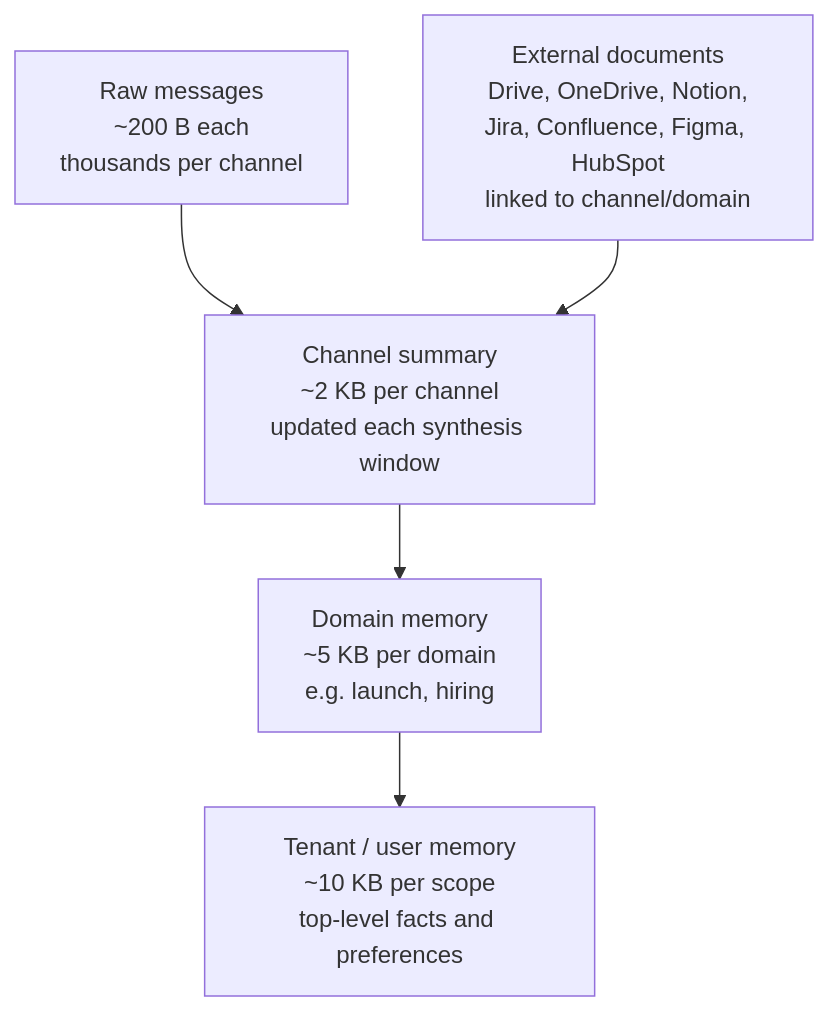
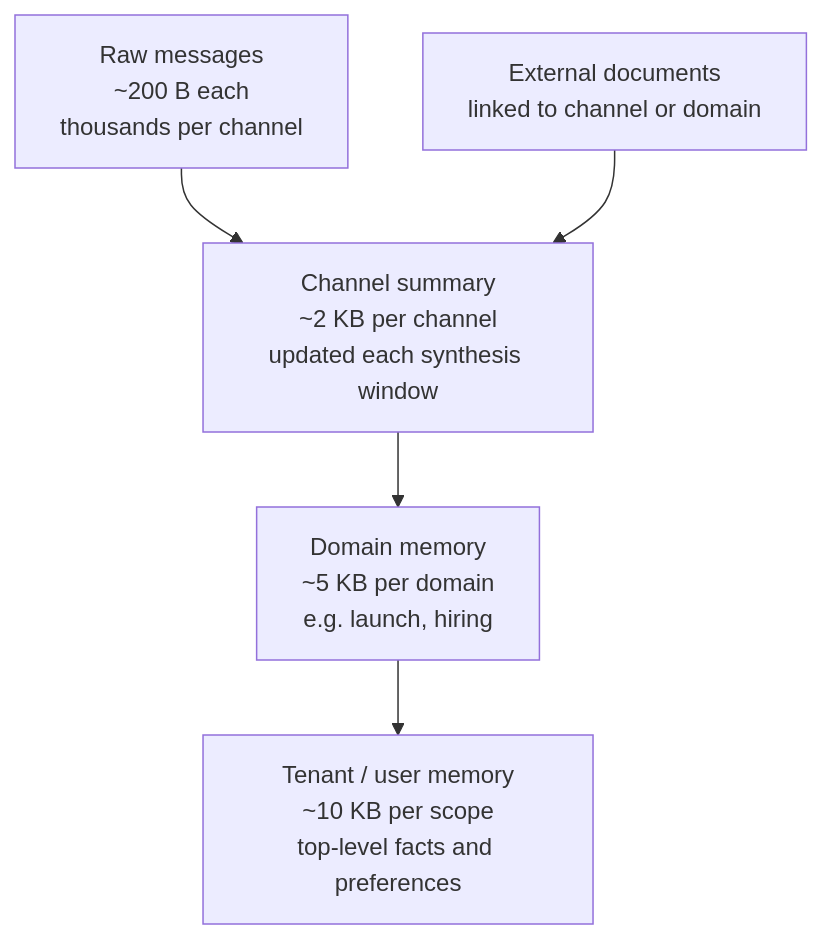
One commit to kennguy3n/knowledge changed the third of 3 diagrams in blog/adaptive-memory-storage-for-on-device-ai.md. Above: the diagram before and after it, drawn with Mermaid. The commit also changed other lines of this file and 8 other files, not shown here.

````diff
--- a/blog/adaptive-memory-storage-for-on-device-ai.md
+++ b/blog/adaptive-memory-storage-for-on-device-ai.md
@@ -293,7 +288,7 @@
 ```mermaid
 flowchart TD
     R[Raw messages<br/>~200 B each<br/>thousands per channel] --> CS[Channel summary<br/>~2 KB per channel<br/>updated each synthesis window]
-    EXT[External documents<br/>Drive, OneDrive, Notion,<br/>Jira, Confluence, Figma, HubSpot<br/>linked to channel/domain] --> CS
+    EXT[External documents<br/>linked to channel or domain] --> CS
     CS --> DS["Domain memory<br/>~5 KB per domain<br/>e.g. launch, hiring"]
     DS --> TS[Tenant / user memory<br/>~10 KB per scope<br/>top-level facts and preferences]
 ```
````
